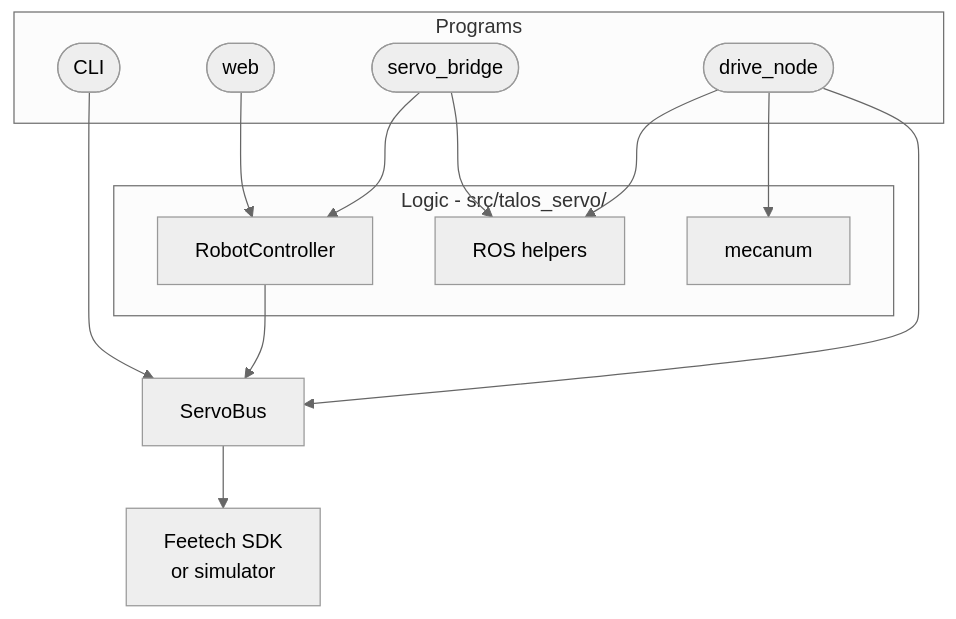
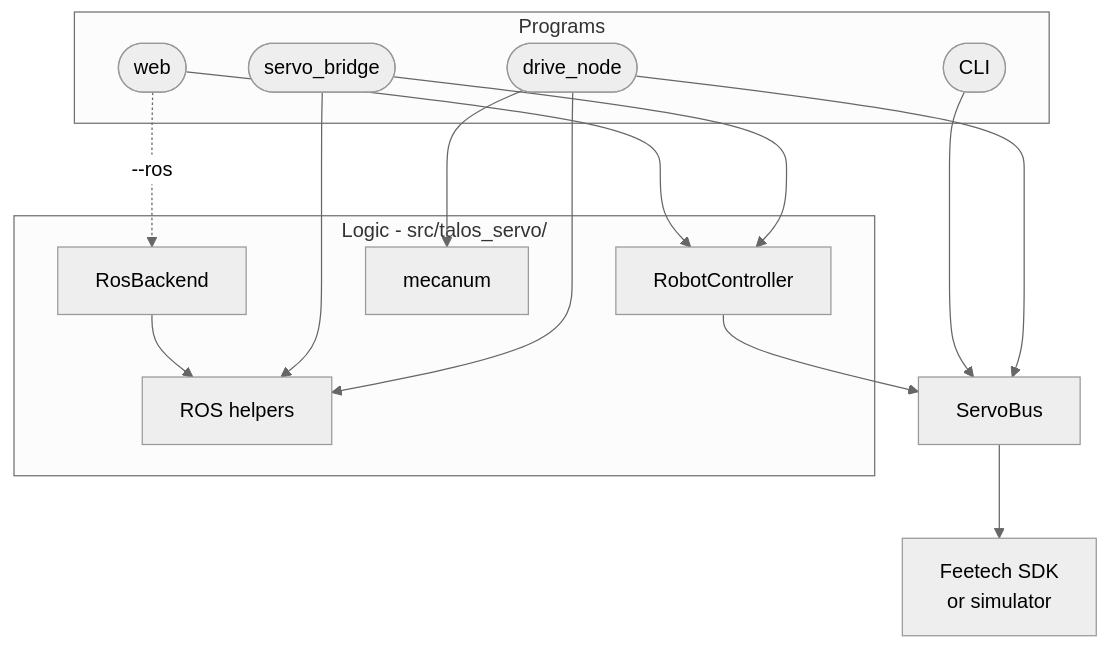
The second of 4 diagrams in README.md (Annnnya/talos_hack), drawn with Mermaid (neutral theme) before and after one commit. The commit also changed other lines of this file, not shown here.

Commit message:
docs: describe the web ui over ros and update the architecture diagrams

````diff
--- a/README.md
+++ b/README.md
@@ -42,27 +46,30 @@
 ```mermaid
 flowchart TB
   accTitle: Code layers
-  accDescr: Programs use logic modules, which all talk to the servos through ServoBus
+  accDescr: Programs use logic modules, which talk to the servos through ServoBus. In --ros mode the web server uses RosBackend, which talks to servo_bridge instead
   subgraph programs["Programs"]
     cli(["CLI"])
     web(["web"])
     bridge(["servo_bridge"])
     drive(["drive_node"])
   end
   subgraph logic["Logic - src/talos_servo/"]
     ctrl["RobotController"]
+    rosweb["RosBackend"]
     ros["ROS helpers"]
     kin["mecanum"]
   end
   bus["ServoBus"]
   sdk["Feetech SDK<br/>or simulator"]
   web --> ctrl
+  web -.->|"--ros"| rosweb
+  rosweb --> ros
   bridge --> ctrl
   bridge --> ros
   drive --> ros
   drive --> kin
   cli --> bus
   ctrl --> bus
   drive --> bus
   bus --> sdk
 ```
````
